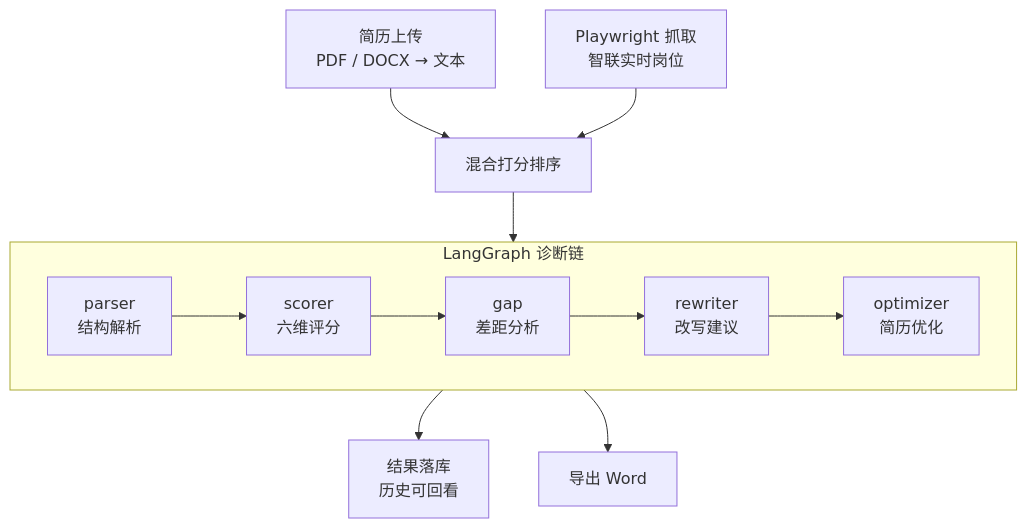
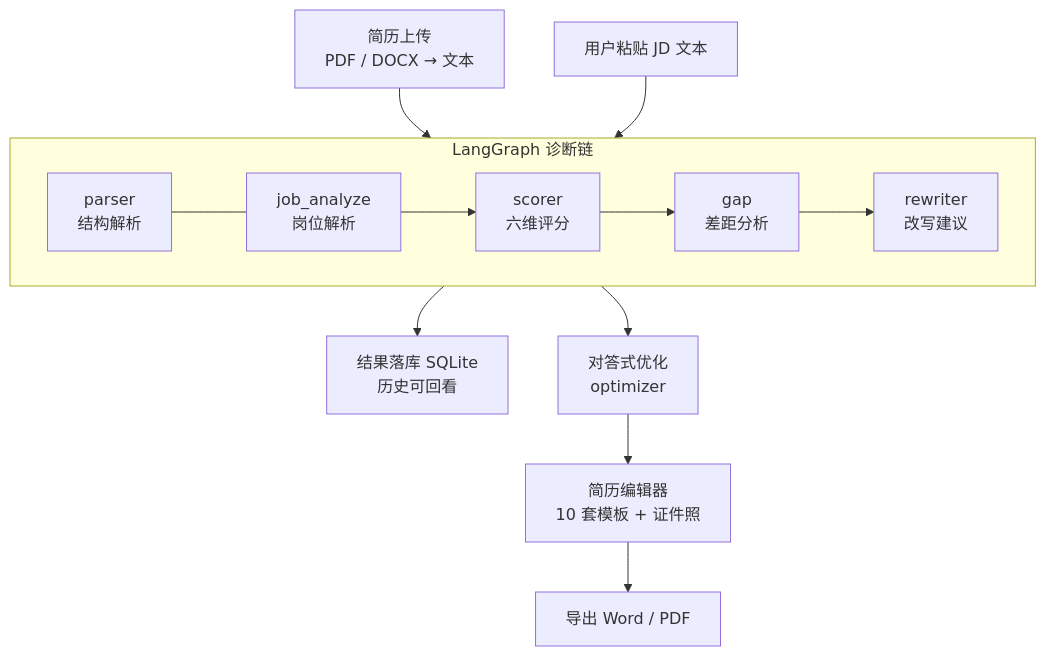
One commit to xuyi19/resumatch-ai changed the diagram in README.md. Above: the diagram before and after it, drawn with Mermaid. The commit also changed other lines of this file and 36 other files, not shown here.

````diff
--- a/README.md
+++ b/README.md
@@ -62,17 +75,18 @@
 ```mermaid
 flowchart TD
-    A["简历上传<br/>PDF / DOCX → 文本"] --> C["混合打分排序"]
-    B["Playwright 抓取<br/>智联实时岗位"] --> C
-    C --> D
+    A["简历上传<br/>PDF / DOCX → 文本"] --> D
+    B["用户粘贴 JD 文本"] --> E
 
     subgraph LG["LangGraph 诊断链"]
         direction LR
-        D["parser<br/>结构解析"] --> E["scorer<br/>六维评分"]
-        E --> F["gap<br/>差距分析"]
-        F --> G["rewriter<br/>改写建议"]
-        G --> H["optimizer<br/>简历优化"]
+        D["parser<br/>结构解析"] --- E["job_analyze<br/>岗位解析"]
+        E --> F["scorer<br/>六维评分"]
+        F --> G["gap<br/>差距分析"]
+        G --> H["rewriter<br/>改写建议"]
     end
 
-    H --> I["结果落库<br/>历史可回看"]
-    H --> J["导出 Word"]
+    H --> I["结果落库 SQLite<br/>历史可回看"]
+    H --> J["对答式优化<br/>optimizer"]
+    J --> K["简历编辑器<br/>10 套模板 + 证件照"]
+    K --> L["导出 Word / PDF"]
 ```
````
